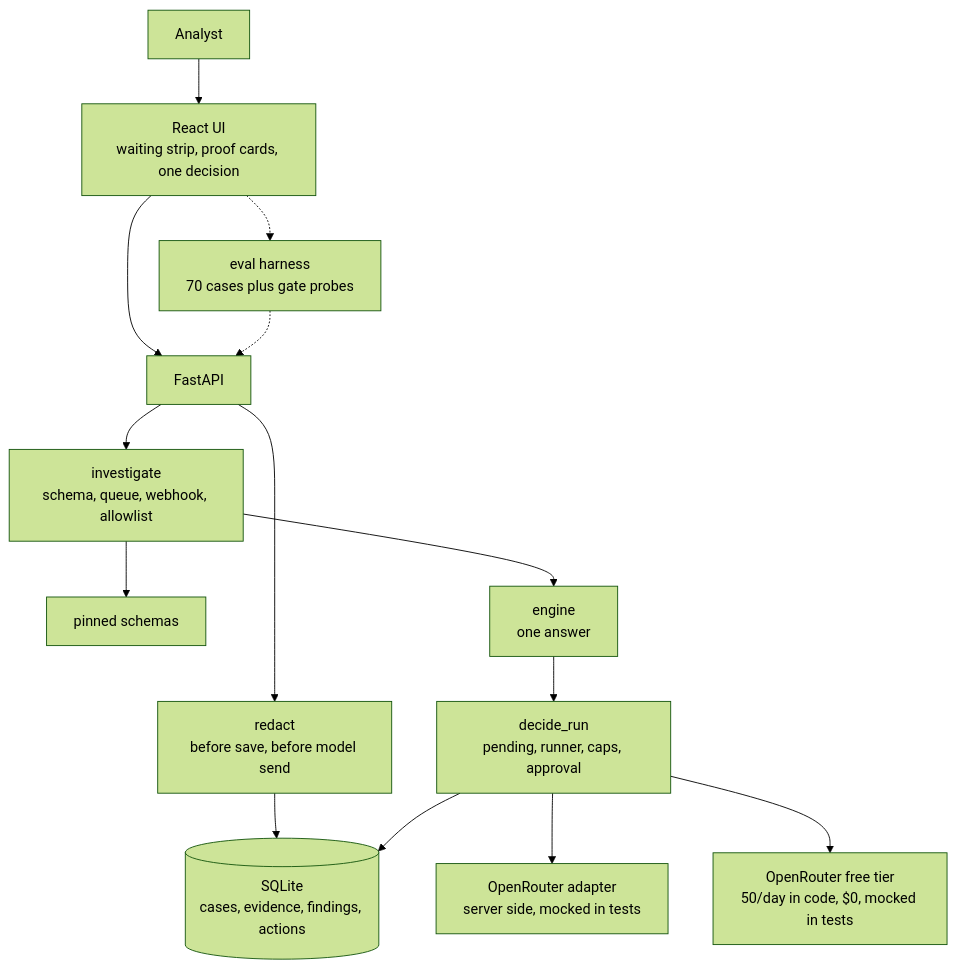
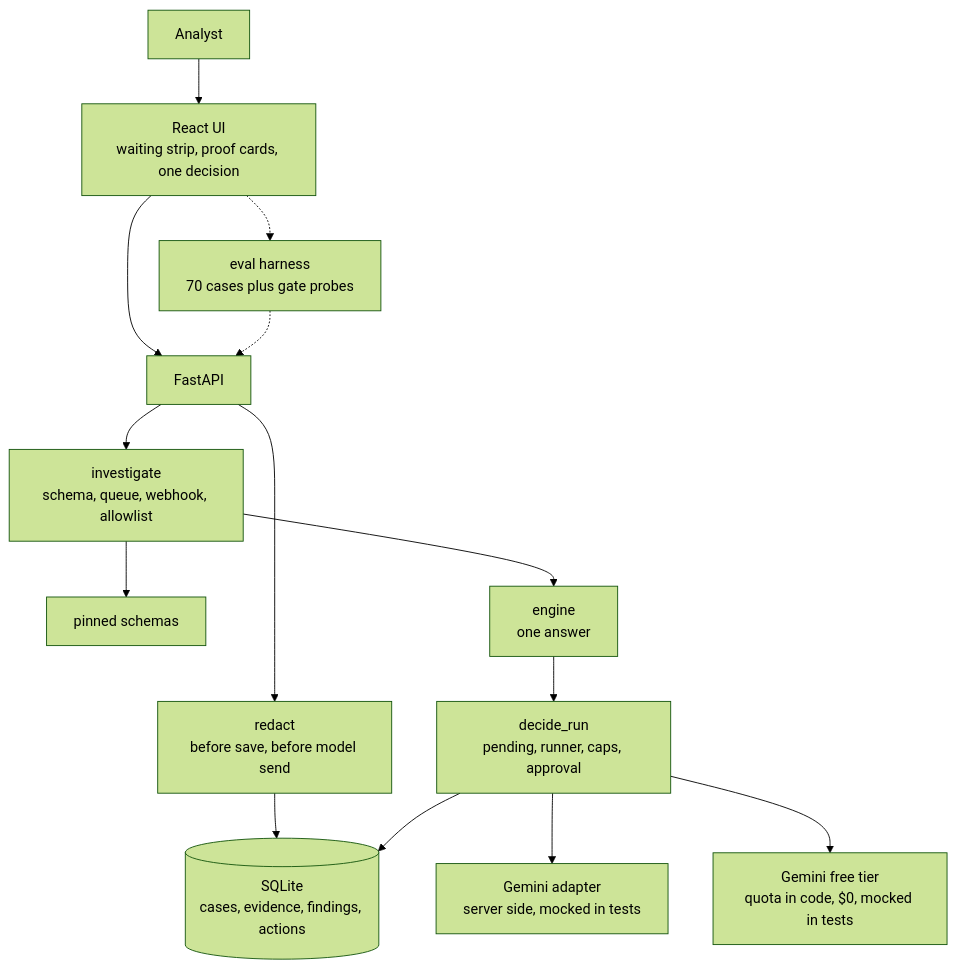
Before and after one commit to sivaratrisrinivas/fal-request-rescue: the diagram in README.md, drawn with Mermaid (forest theme). The commit also changed other lines of this file and 11 other files, not shown here.

Commit message:
feat: Gemini API replaces OpenRouter for drafting and live runs

````diff
--- a/README.md
+++ b/README.md
@@ -93,16 +93,16 @@
 ```mermaid
 flowchart TD
     A[Analyst] --> UI[React UI<br/>waiting strip, proof cards, one decision]
     UI --> API[FastAPI]
     API --> R[redact<br/>before save, before model send]
     R --> DB[(SQLite<br/>cases, evidence, findings, actions)]
     API --> I[investigate<br/>schema, queue, webhook, allowlist]
     I --> SCH[pinned schemas]
     I --> E[engine<br/>one answer]
     E --> P[decide_run<br/>pending, runner, caps, approval]
-    P --> O[OpenRouter adapter<br/>server side, mocked in tests]
-    P --> F[OpenRouter free tier<br/>50/day in code, $0, mocked in tests]
+    P --> O[Gemini adapter<br/>server side, mocked in tests]
+    P --> F[Gemini free tier<br/>quota in code, $0, mocked in tests]
     P --> DB
     UI -.-> EV[eval harness<br/>70 cases plus gate probes]
     EV -.-> API
 ```
````
